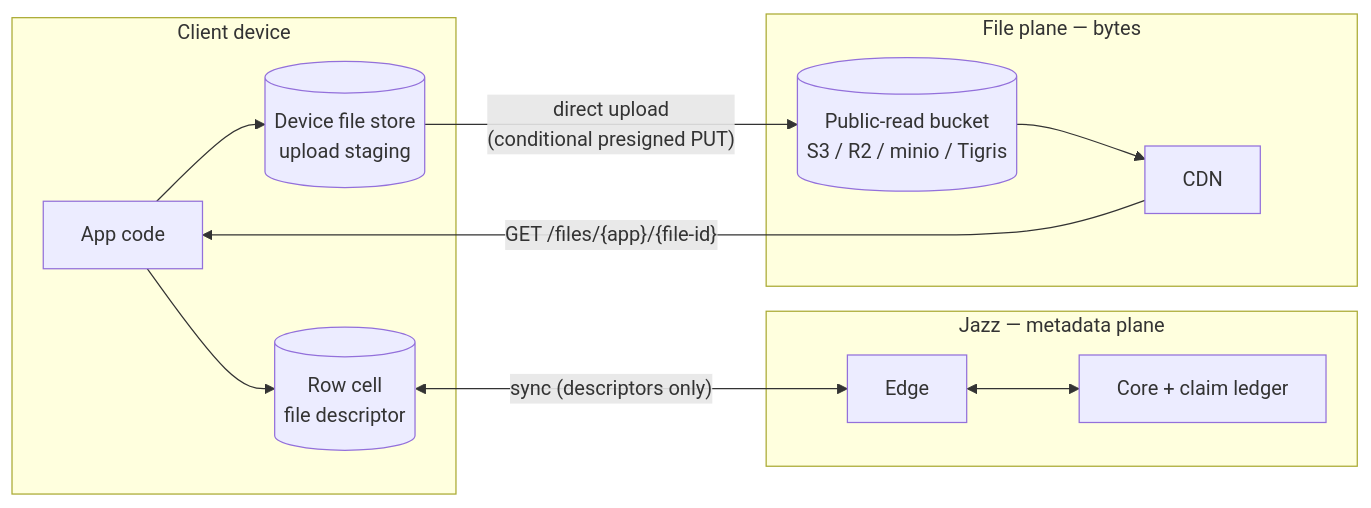
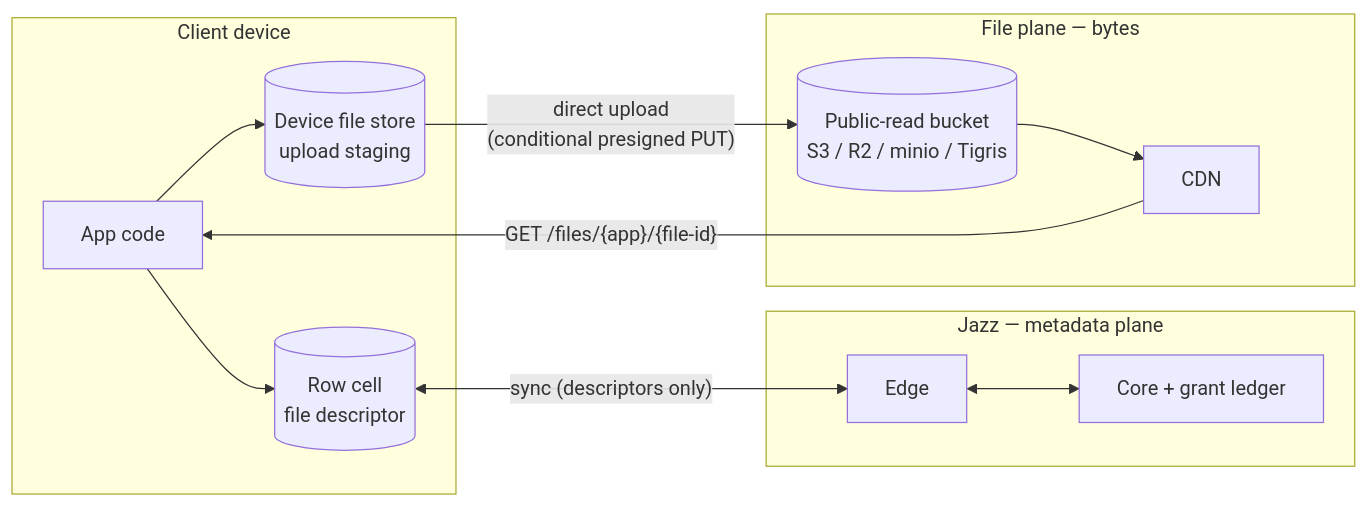
The first of 3 diagrams in docs/superpowers/specs/2026-07-09-files-design-explained.md (garden-co/jazz), drawn with Mermaid before and after one commit. The commit also changed other lines of this file and 7 other files, not shown here.

````diff
--- a/docs/superpowers/specs/2026-07-09-files-design-explained.md
+++ b/docs/superpowers/specs/2026-07-09-files-design-explained.md
@@ -17,20 +17,20 @@
 ```mermaid
 flowchart LR
     subgraph client [Client device]
         app[App code]
         cell[(Row cell\nfile descriptor)]
         staging[(Device file store\nupload staging)]
     end
     subgraph jazz [Jazz — metadata plane]
         edge[Edge]
-        core[Core + claim ledger]
+        core[Core + grant ledger]
     end
     subgraph fileplane [File plane — bytes]
         s3[(Public-read bucket\nS3 / R2 / minio / Tigris)]
         cdn[CDN]
     end
     app --> cell & staging
     cell <-- "sync (descriptors only)" --> edge <--> core
     staging -- "direct upload\n(conditional presigned PUT)" --> s3
     s3 --> cdn -- "GET /files/{app}/{file-id}" --> app
 ```
````
